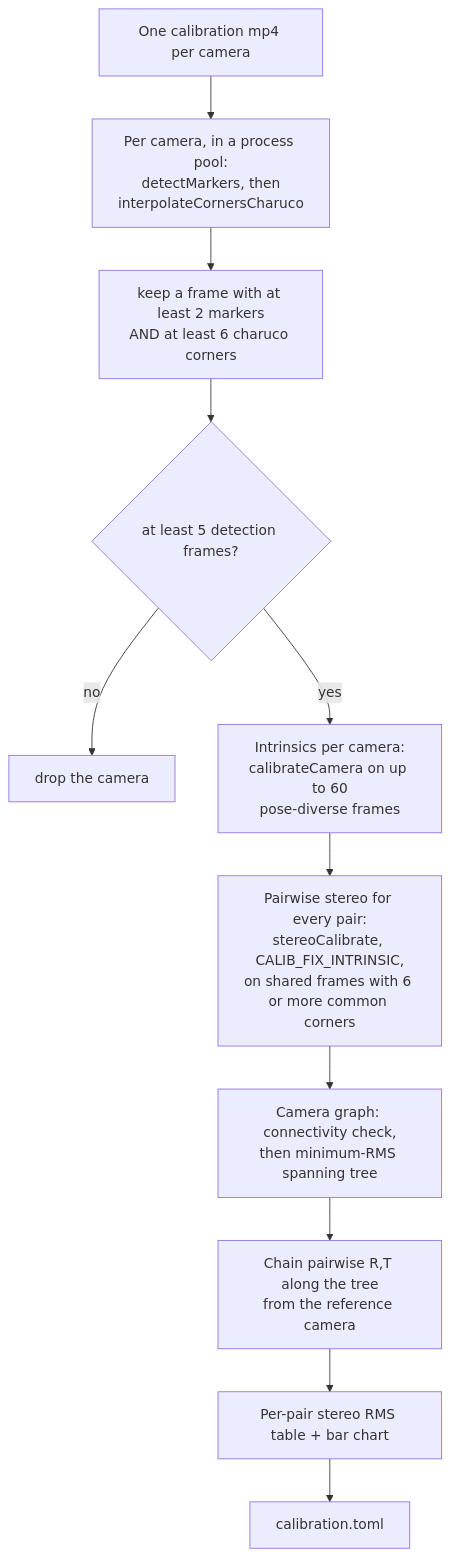
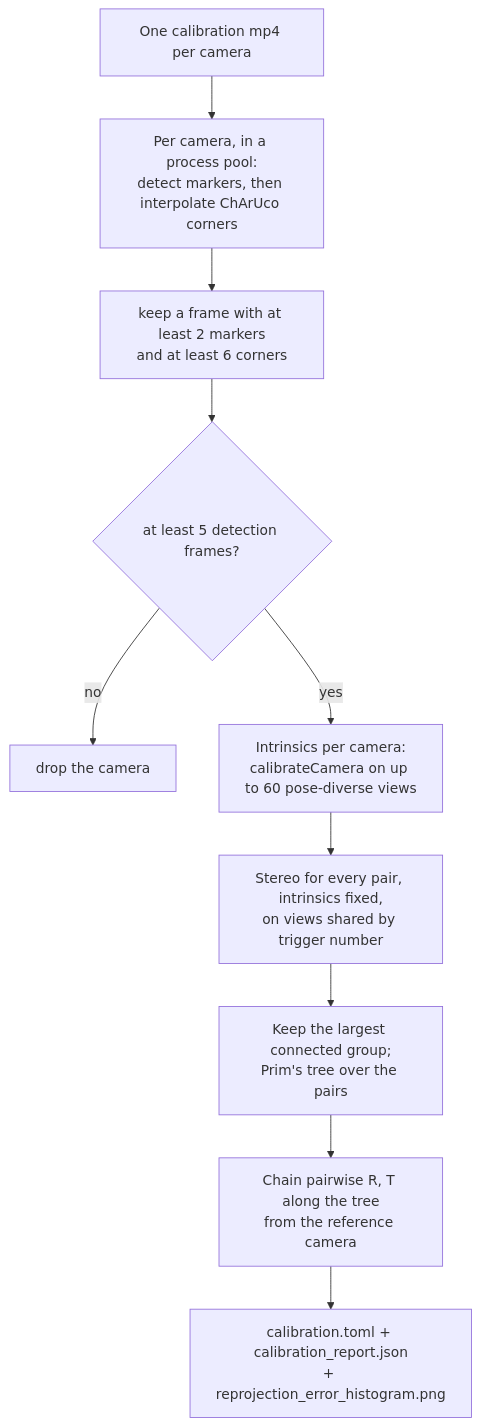
Before and after one commit to talmolab/panopticon: the sixth of 6 diagrams in docs/INTERNALS.md, drawn with Mermaid. The commit also changed other lines of this file, not shown here.

````diff
--- a/docs/INTERNALS.md
+++ b/docs/INTERNALS.md
@@ -1276,13 +1497,12 @@
 ```mermaid
 flowchart TD
-  V["One calibration mp4 per camera"] --> D["Per camera, in a process pool:<br>detectMarkers, then<br>interpolateCornersCharuco"]
-  D --> F["keep a frame with at least 2 markers<br>AND at least 6 charuco corners"]
+  V["One calibration mp4 per camera"] --> D["Per camera, in a process pool:<br>detect markers, then interpolate ChArUco corners"]
+  D --> F["keep a frame with at least 2 markers<br>and at least 6 corners"]
   F --> ACT{"at least 5 detection frames?"}
   ACT -->|"no"| X["drop the camera"]
-  ACT -->|"yes"| I["Intrinsics per camera:<br>calibrateCamera on up to 60<br>pose-diverse frames"]
-  I --> PW["Pairwise stereo for every pair:<br>stereoCalibrate, CALIB_FIX_INTRINSIC,<br>on shared frames with 6 or more common corners"]
-  PW --> G["Camera graph: connectivity check,<br>then minimum-RMS spanning tree"]
-  G --> CH["Chain pairwise R,T along the tree<br>from the reference camera"]
-  CH --> Q["Per-pair stereo RMS table + bar chart"]
-  Q --> T["calibration.toml"]
+  ACT -->|"yes"| I["Intrinsics per camera:<br>calibrateCamera on up to 60 pose-diverse views"]
+  I --> PW["Stereo for every pair, intrinsics fixed,<br>on views shared by trigger number"]
+  PW --> G["Keep the largest connected group;<br>Prim's tree over the pairs"]
+  G --> CH["Chain pairwise R, T along the tree<br>from the reference camera"]
+  CH --> T["calibration.toml + calibration_report.json<br>+ reprojection_error_histogram.png"]
 ```
````
